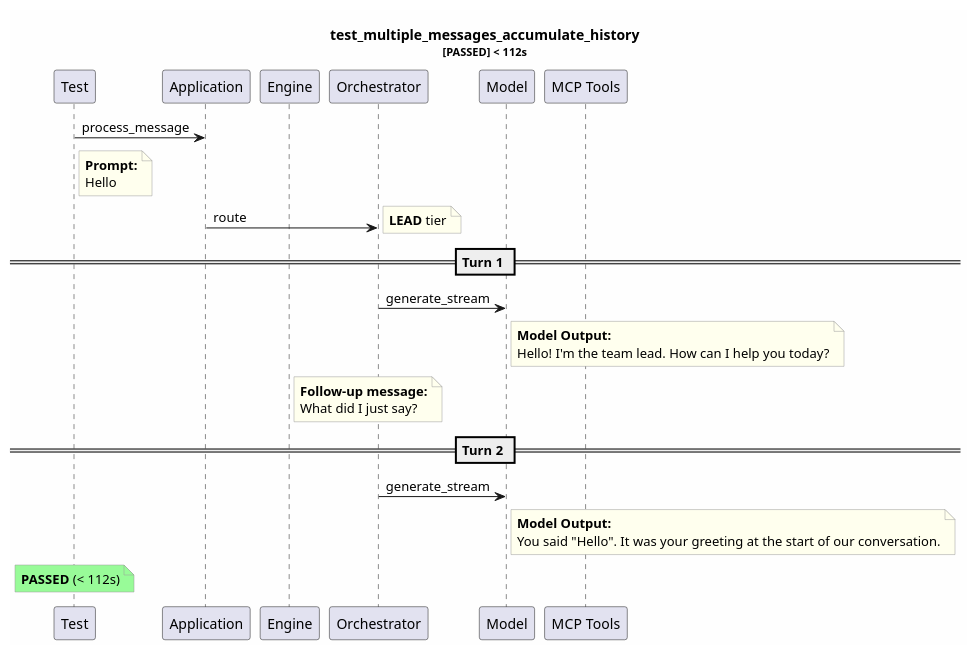
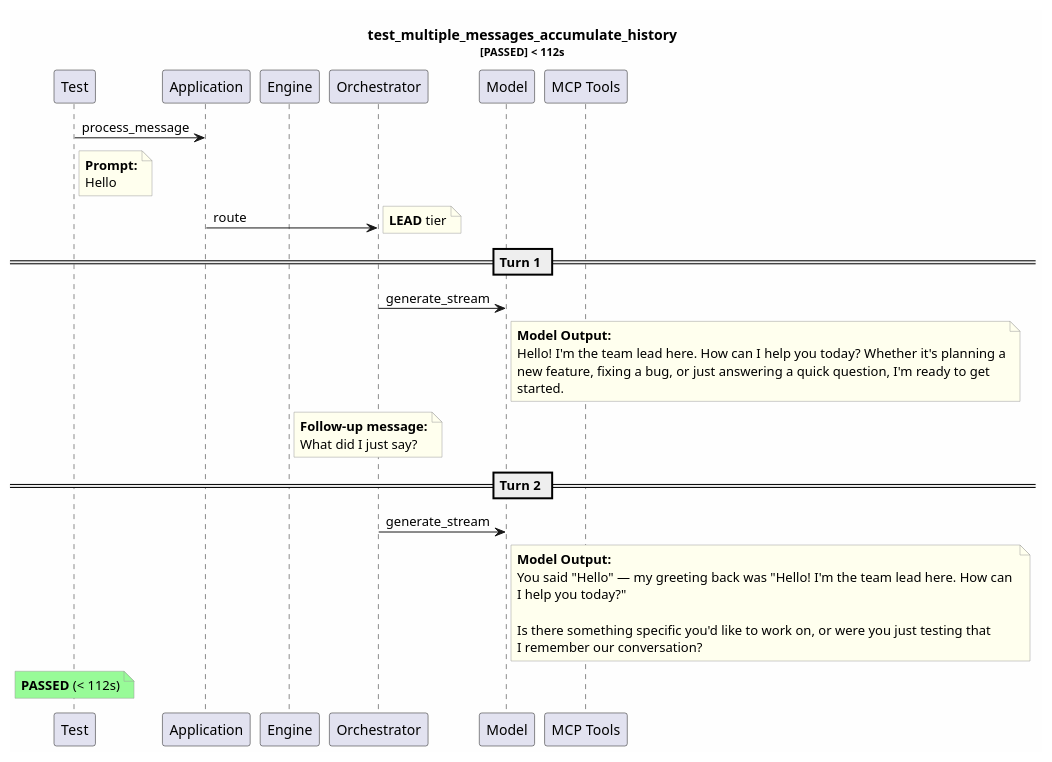
The diagram in test-reports/logs/test_multiple_messages_accumulate_history/test_multiple_messages_accumulate_history.puml (tvanfossen/entropic), drawn with PlantUML before and after one commit. The commit also changed 16 other files, not shown here.

```diff
--- a/test-reports/logs/test_multiple_messages_accumulate_history/test_multiple_messages_accumulate_history.puml
+++ b/test-reports/logs/test_multiple_messages_accumulate_history/test_multiple_messages_accumulate_history.puml
@@ -1,41 +1,47 @@
 @startuml
 skinparam backgroundColor #FEFEFE
 skinparam noteBorderColor #999999
 skinparam noteBackgroundColor #FFFFEE
 title test_multiple_messages_accumulate_history\n<size:11>[PASSED] < 112s</size>
 
 participant "Test" as T
 participant "Application" as App
 participant "Engine" as Eng
 participant "Orchestrator" as Orch
 participant "Model" as Mdl
 participant "MCP Tools" as MCP
 
 T -> App: process_message
 note right of T
   **Prompt:**
   Hello
 end note
 App -> Orch: route
 note right: **LEAD** tier
 == Turn 1 ==
 Orch -> Mdl: generate_stream
 note right of Mdl
   **Model Output:**
-  Hello! I'm the team lead. How can I help you today?
+  Hello! I'm the team lead here. How can I help you today? Whether it's planning a
+  new feature, fixing a bug, or just answering a quick question, I'm ready to get 
+  started.
 end note
 note right of Eng
   **Follow-up message:**
   What did I just say?
 end note
 == Turn 2 ==
 Orch -> Mdl: generate_stream
 note right of Mdl
   **Model Output:**
-  You said "Hello". It was your greeting at the start of our conversation.
+  You said "Hello" — my greeting back was "Hello! I'm the team lead here. How can 
+  I help you today?" 
+  
+  Is there something specific you'd like to work on, or were you just testing that
+  I remember our conversation?
 end note
 note over T #palegreen
   **PASSED** (< 112s)
 end note
 
 @enduml
```
